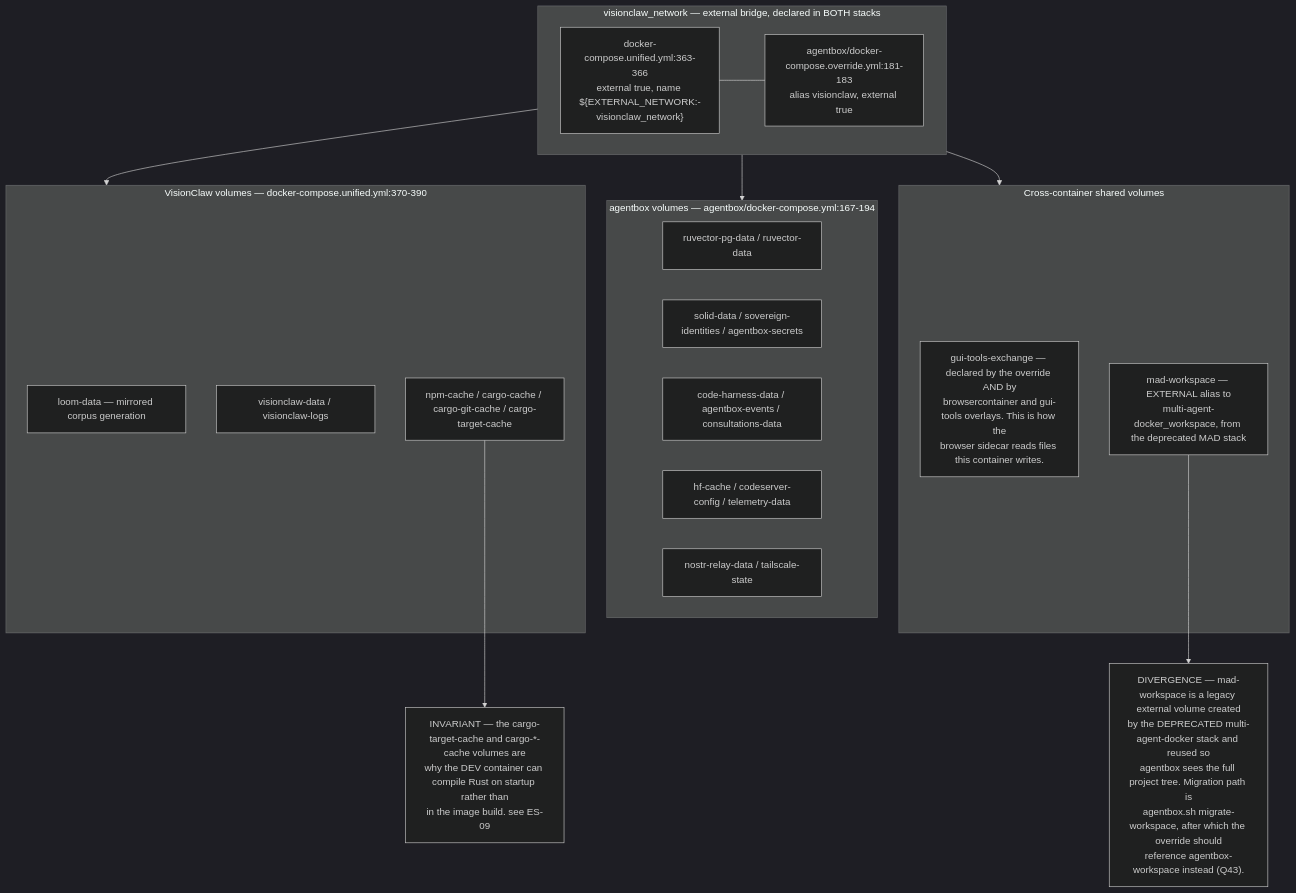
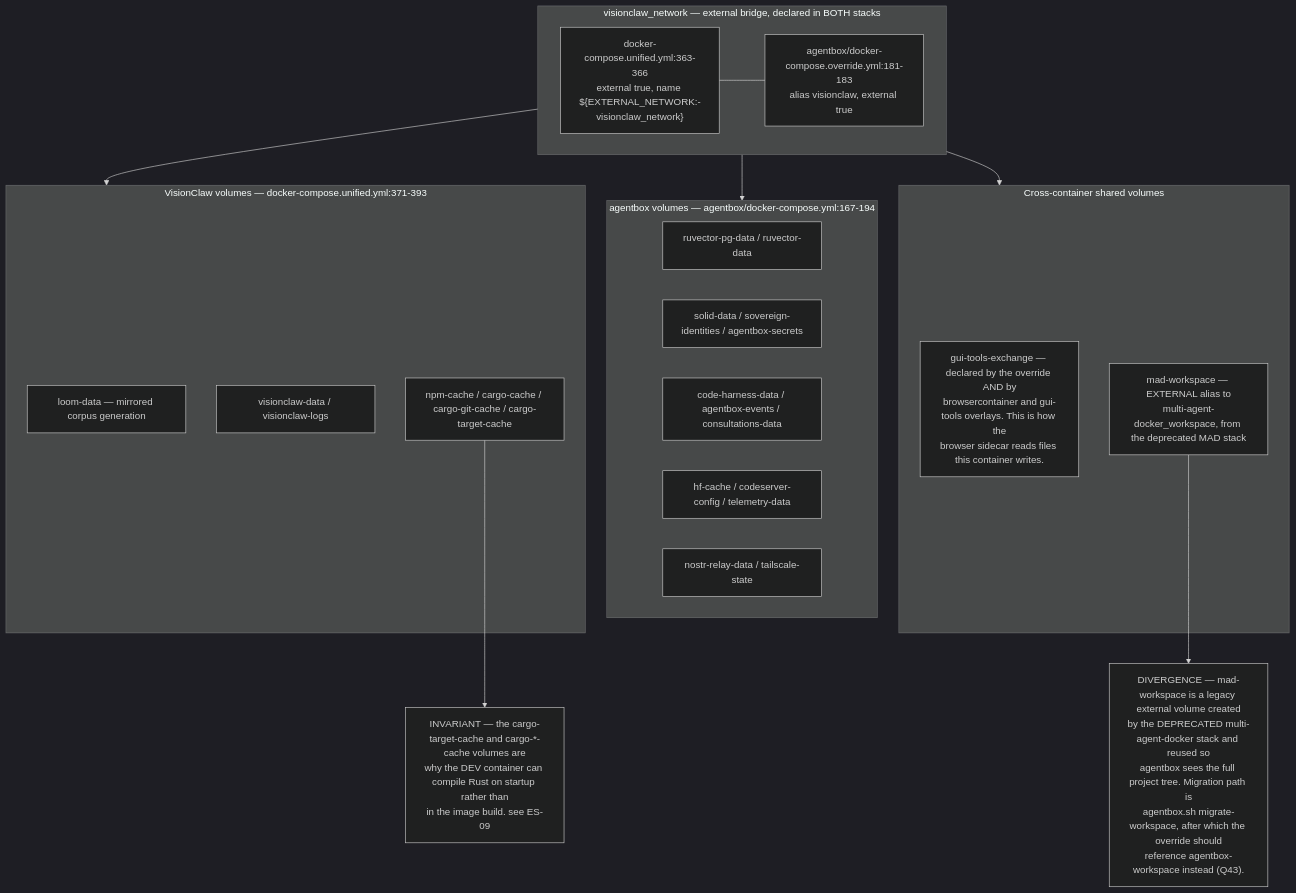
Before and after one commit to DreamLab-AI/VisionFlow: the fourth of 6 diagrams in docs/diagrams/estate/01-estate-topology.md, drawn with Mermaid (dark theme). The commit also changed other lines of this file and 51 other files, not shown here.

First line of the commit message:
docs(diagrams): agentbox AB-01..13 re-attested anchor by anchor (980 anchors, 22 defects); checkpoint against an out-of-mesh writer

````diff
--- a/docs/diagrams/estate/01-estate-topology.md
+++ b/docs/diagrams/estate/01-estate-topology.md
@@ -156,34 +156,34 @@
 ```mermaid
 flowchart TB
     subgraph net["visionclaw_network — external bridge, declared in BOTH stacks"]
         N1["docker-compose.unified.yml:363-366<br/>external true, name ${EXTERNAL_NETWORK:-visionclaw_network}"]
         N2["agentbox/docker-compose.override.yml:181-183<br/>alias visionclaw, external true"]
     end
-    subgraph vcvol["VisionClaw volumes — docker-compose.unified.yml:370-390"]
+    subgraph vcvol["VisionClaw volumes — docker-compose.unified.yml:371-393"]
         V1["loom-data — mirrored corpus generation"]
         V2["visionclaw-data / visionclaw-logs"]
         V3["npm-cache / cargo-cache / cargo-git-cache / cargo-target-cache"]
     end
     subgraph abvol["agentbox volumes — agentbox/docker-compose.yml:167-194"]
         W1["ruvector-pg-data / ruvector-data"]
         W2["solid-data / sovereign-identities / agentbox-secrets"]
         W3["code-harness-data / agentbox-events / consultations-data"]
         W4["hf-cache / codeserver-config / telemetry-data"]
         W5["nostr-relay-data / tailscale-state"]
     end
     subgraph shared["Cross-container shared volumes"]
         S1["gui-tools-exchange — declared by the override AND by<br/>browsercontainer and gui-tools overlays. This is how the<br/>browser sidecar reads files this container writes."]
         S2["mad-workspace — EXTERNAL alias to<br/>multi-agent-docker_workspace, from the deprecated MAD stack"]
     end
 
     N1 --- N2
     net --> vcvol
     net --> abvol
     net --> shared
 
     D1["DIVERGENCE — mad-workspace is a legacy external volume created<br/>by the DEPRECATED multi-agent-docker stack and reused so<br/>agentbox sees the full project tree. Migration path is<br/>agentbox.sh migrate-workspace, after which the override should<br/>reference agentbox-workspace instead (Q43)."]
     INV["INVARIANT — the cargo-target-cache and cargo-*-cache volumes are<br/>why the DEV container can compile Rust on startup rather than<br/>in the image build. see ES-09"]
 
     S2 --> D1
     V3 --> INV
 ```
````
